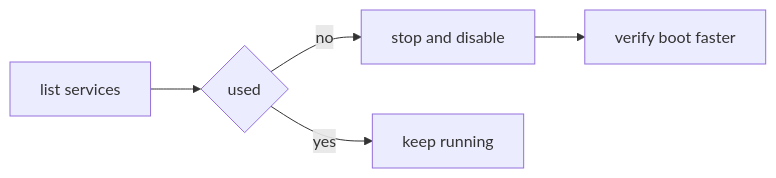
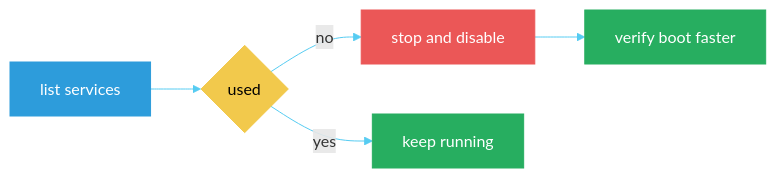
Diagram 11 of 11 in Graphs/System-Diagrams.md (444Nazky/My-Vault), drawn with Mermaid before and after one commit. The commit also changed other lines of this file and 15 other files, not shown here.

````diff
--- a/Graphs/System-Diagrams.md
+++ b/Graphs/System-Diagrams.md
@@ -180,7 +231,13 @@
 ```mermaid
+%%{init: {'theme': 'default', 'themeVariables': { 'primaryColor': '#56CCF2', 'lineColor': '#56CCF2'}}}%%
 flowchart LR
  LIST["list services"] --> USEDQ{"used"}
  USEDQ -->|"no"| STOP["stop and disable"]
  USEDQ -->|"yes"| KEEP["keep running"]
  STOP --> VERIFY["verify boot faster"]
+ style LIST fill:#2D9CDB,stroke:#2D9CDB,color:#fff
+ style USEDQ fill:#F2C94C,stroke:#F2C94C,color:#000
+ style STOP fill:#EB5757,stroke:#EB5757,color:#fff
+ style KEEP fill:#27AE60,stroke:#27AE60,color:#fff
+ style VERIFY fill:#27AE60,stroke:#27AE60,color:#fff
 ```
````
